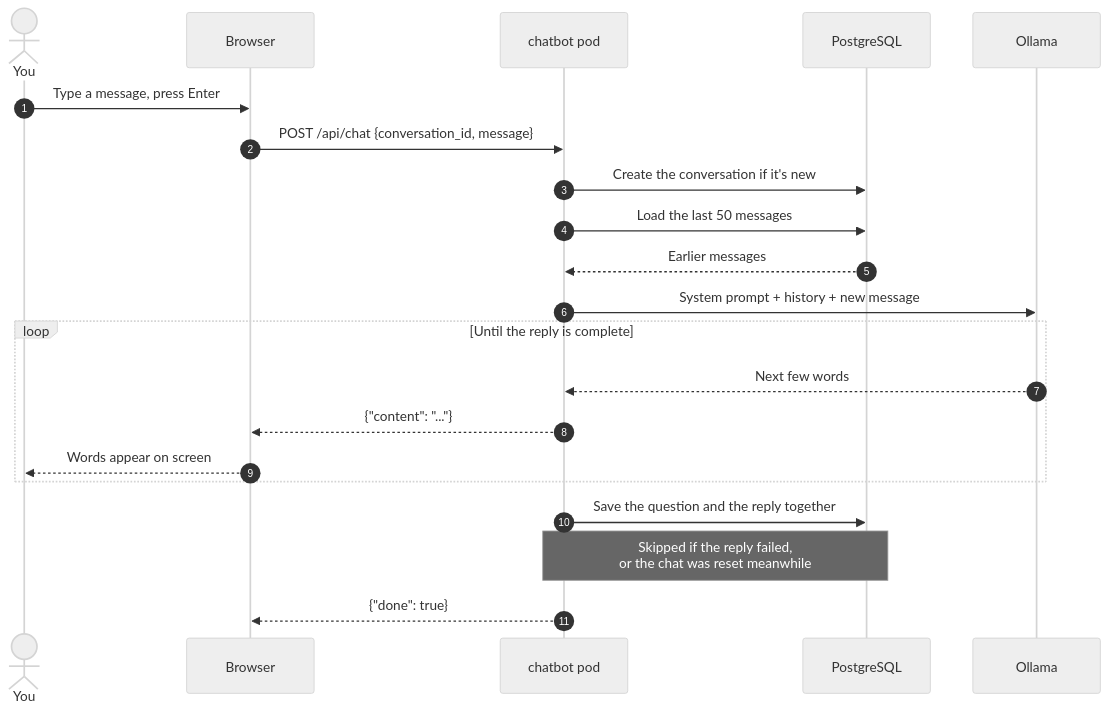
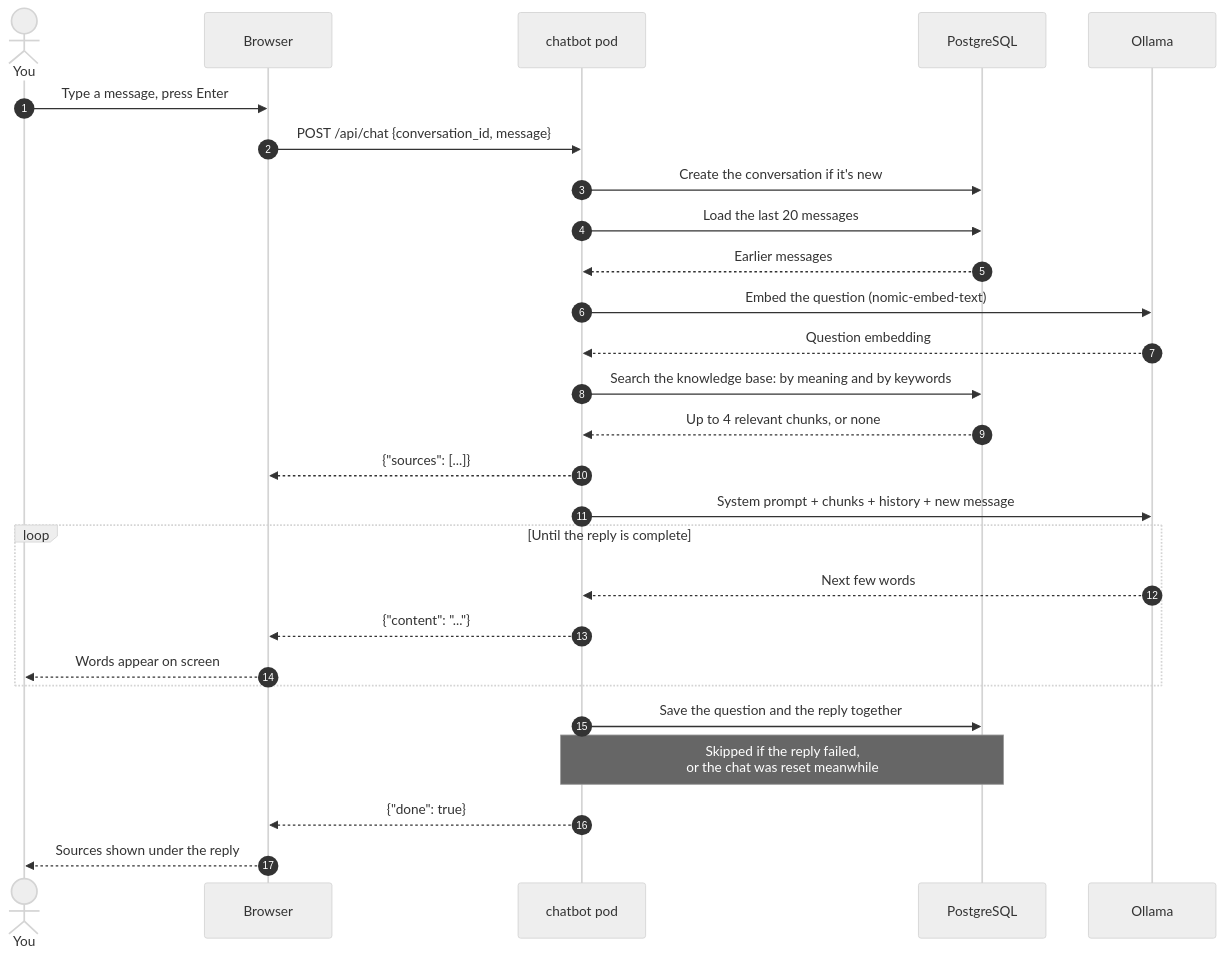
The second of 5 diagrams in docs/architecture.md (pj-1009/chatbot), drawn with Mermaid (neutral theme) before and after one commit. The commit also changed other lines of this file and 17 other files, not shown here.

````diff
--- a/docs/architecture.md
+++ b/docs/architecture.md
@@ -48,24 +52,30 @@
 ```mermaid
 sequenceDiagram
     autonumber
     actor U as You
     participant B as Browser
     participant S as chatbot pod
     participant D as PostgreSQL
     participant O as Ollama
 
     U->>B: Type a message, press Enter
     B->>S: POST /api/chat {conversation_id, message}
     S->>D: Create the conversation if it's new
-    S->>D: Load the last 50 messages
+    S->>D: Load the last 20 messages
     D-->>S: Earlier messages
-    S->>O: System prompt + history + new message
+    S->>O: Embed the question (nomic-embed-text)
+    O-->>S: Question embedding
+    S->>D: Search the knowledge base: by meaning and by keywords
+    D-->>S: Up to 4 relevant chunks, or none
+    S-->>B: {"sources": [...]}
+    S->>O: System prompt + chunks + history + new message
     loop Until the reply is complete
         O-->>S: Next few words
         S-->>B: {"content": "..."}
         B-->>U: Words appear on screen
     end
     S->>D: Save the question and the reply together
     Note over S,D: Skipped if the reply failed,<br/>or the chat was reset meanwhile
     S-->>B: {"done": true}
+    B-->>U: Sources shown under the reply
 ```
````
